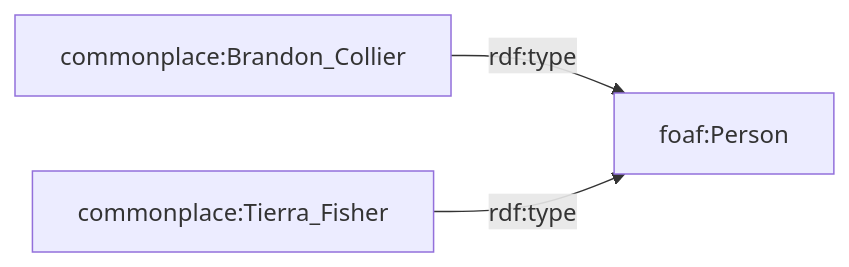
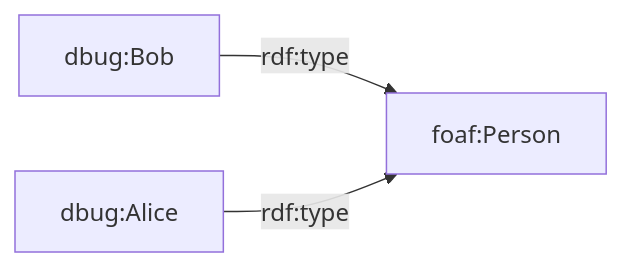
One commit to eristocrates/ipa changed the diagram in Source-code/Host-environment/Common-Language-Runtime/FSharp/Project/MyProvider/test_graph.mmd. Above: the diagram before and after it, drawn with Mermaid. The commit also changed 246 other files, not shown here.

```diff
--- a/Source-code/Host-environment/Common-Language-Runtime/FSharp/Project/MyProvider/test_graph.mmd
+++ b/Source-code/Host-environment/Common-Language-Runtime/FSharp/Project/MyProvider/test_graph.mmd
@@ -1,6 +1,6 @@
 graph LR
-  0["commonplace:Brandon_Collier"]
+  0["dbug:Bob"]
   1["foaf:Person"]
-  2["commonplace:Tierra_Fisher"]
+  2["dbug:Alice"]
   0 -->|"rdf:type"| 1
   2 -->|"rdf:type"| 1
```
